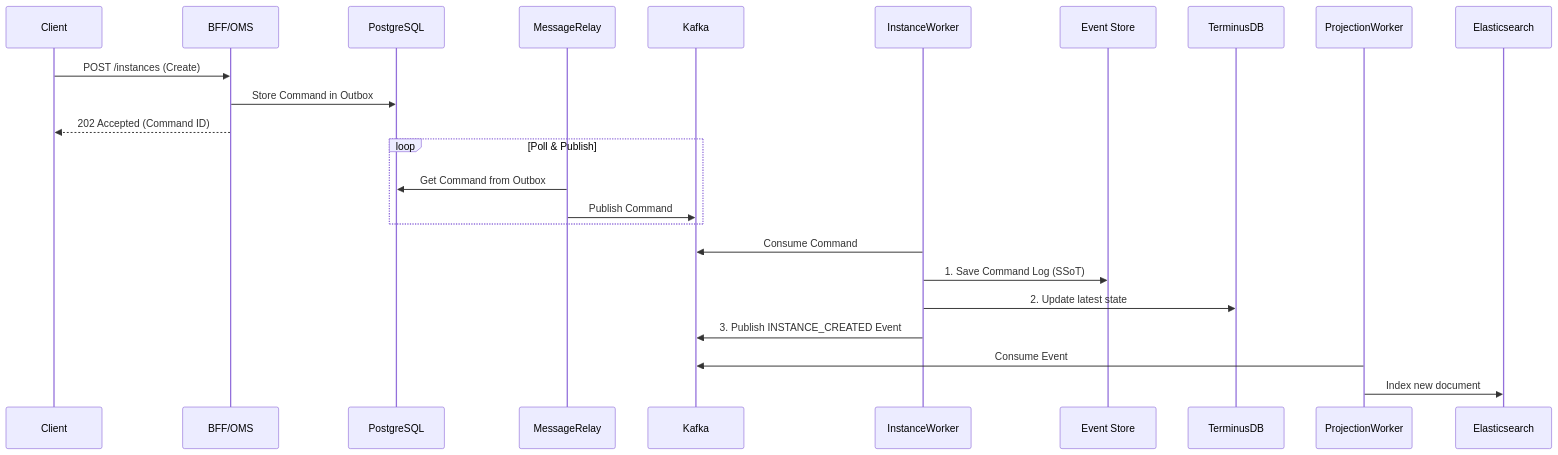
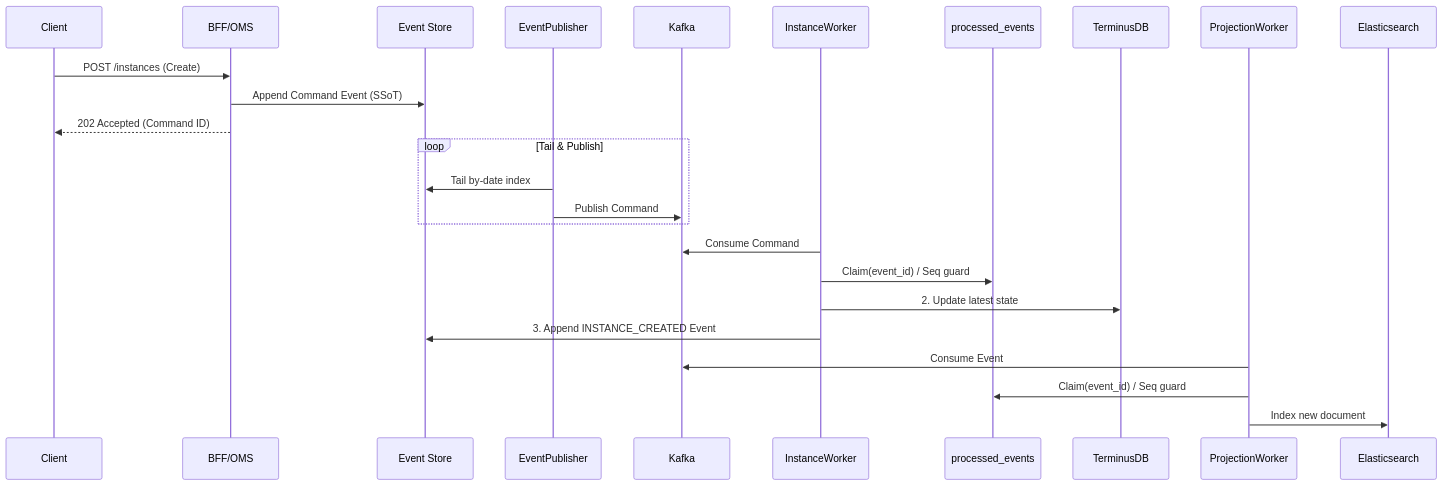
The second of 2 diagrams in docs/ARCHITECTURE.md (ludia8888/SPICE-Harvester), drawn with Mermaid before and after one commit. The commit also changed other lines of this file and 341 other files, not shown here.

````diff
--- a/docs/ARCHITECTURE.md
+++ b/docs/ARCHITECTURE.md
@@ -149,30 +156,31 @@
 ```mermaid
 sequenceDiagram
     participant Client
     participant BFF/OMS
-    participant PostgreSQL
-    participant MessageRelay
+    participant S3 as Event Store
+    participant EventPublisher
     participant Kafka
     participant InstanceWorker
-    participant S3 as Event Store
+    participant Postgres as processed_events
     participant TerminusDB
     participant ProjectionWorker
     participant Elasticsearch
 
     Client->>BFF/OMS: POST /instances (Create)
-    BFF/OMS->>PostgreSQL: Store Command in Outbox
+    BFF/OMS->>S3: Append Command Event (SSoT)
     BFF/OMS-->>Client: 202 Accepted (Command ID)
 
-    loop Poll & Publish
-        MessageRelay->>PostgreSQL: Get Command from Outbox
-        MessageRelay->>Kafka: Publish Command
+    loop Tail & Publish
+        EventPublisher->>S3: Tail by-date index
+        EventPublisher->>Kafka: Publish Command
     end
 
     InstanceWorker->>Kafka: Consume Command
-    InstanceWorker->>S3: 1. Save Command Log (SSoT)
+    InstanceWorker->>Postgres: Claim(event_id) / Seq guard
     InstanceWorker->>TerminusDB: 2. Update latest state
-    InstanceWorker->>Kafka: 3. Publish INSTANCE_CREATED Event
+    InstanceWorker->>S3: 3. Append INSTANCE_CREATED Event
 
     ProjectionWorker->>Kafka: Consume Event
+    ProjectionWorker->>Postgres: Claim(event_id) / Seq guard
     ProjectionWorker->>Elasticsearch: Index new document
 ```
````
